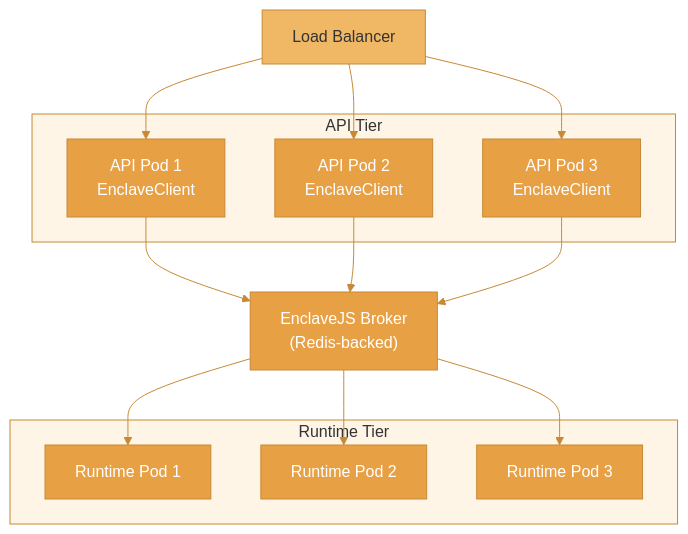
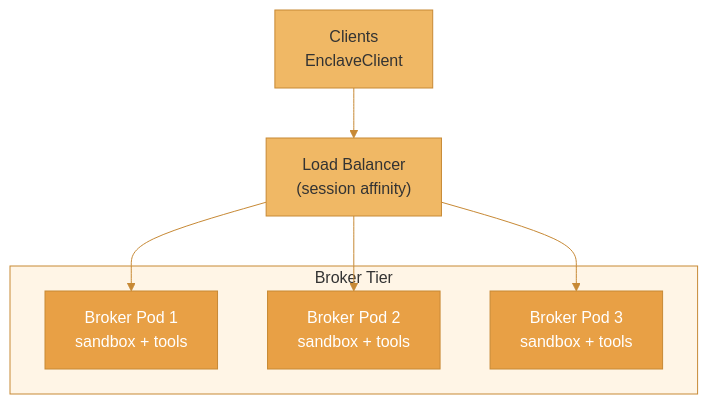
Before and after one commit to agentfront/enclave: the diagram in docs/enclave/guides/scaling.mdx, drawn with Mermaid. The commit also changed other lines of this file and 22 other files, not shown here.

````diff
--- a/docs/enclave/guides/scaling.mdx
+++ b/docs/enclave/guides/scaling.mdx
@@ -126,35 +138,21 @@
 ```mermaid
 %%{init: {'theme': 'base', 'themeVariables': { 'primaryColor': '#e8a045', 'primaryTextColor': '#fff', 'primaryBorderColor': '#c78935', 'lineColor': '#c78935', 'secondaryColor': '#f0b865', 'tertiaryColor': '#fff5e6'}}}%%
 flowchart TB
-    LB["Load Balancer"]
-    subgraph apiTier["API Tier"]
-        API1["API Pod 1<br/>EnclaveClient"]
-        API2["API Pod 2<br/>EnclaveClient"]
-        API3["API Pod 3<br/>EnclaveClient"]
+    Clients["Clients<br/>EnclaveClient"]
+    LB["Load Balancer<br/>(session affinity)"]
+    subgraph brokerTier["Broker Tier"]
+        B1["Broker Pod 1<br/>sandbox + tools"]
+        B2["Broker Pod 2<br/>sandbox + tools"]
+        B3["Broker Pod 3<br/>sandbox + tools"]
     end
-    Broker["EnclaveJS Broker<br/>(Redis-backed)"]
-    subgraph runtimeTier["Runtime Tier"]
-        R1["Runtime Pod 1"]
-        R2["Runtime Pod 2"]
-        R3["Runtime Pod 3"]
-    end
-    LB --> API1
-    LB --> API2
-    LB --> API3
-    API1 --> Broker
-    API2 --> Broker
-    API3 --> Broker
-    Broker --> R1
-    Broker --> R2
-    Broker --> R3
+    Clients --> LB
+    LB --> B1
+    LB --> B2
+    LB --> B3
+    style Clients fill:#f0b865,stroke:#c78935,color:#333
     style LB fill:#f0b865,stroke:#c78935,color:#333
-    style apiTier fill:#fff5e6,stroke:#c78935,color:#333
-    style runtimeTier fill:#fff5e6,stroke:#c78935,color:#333
-    style API1 fill:#e8a045,stroke:#c78935,color:#fff
-    style API2 fill:#e8a045,stroke:#c78935,color:#fff
-    style API3 fill:#e8a045,stroke:#c78935,color:#fff
-    style Broker fill:#e8a045,stroke:#c78935,color:#fff
-    style R1 fill:#e8a045,stroke:#c78935,color:#fff
-    style R2 fill:#e8a045,stroke:#c78935,color:#fff
-    style R3 fill:#e8a045,stroke:#c78935,color:#fff
+    style brokerTier fill:#fff5e6,stroke:#c78935,color:#333
+    style B1 fill:#e8a045,stroke:#c78935,color:#fff
+    style B2 fill:#e8a045,stroke:#c78935,color:#fff
+    style B3 fill:#e8a045,stroke:#c78935,color:#fff
 ```
````
